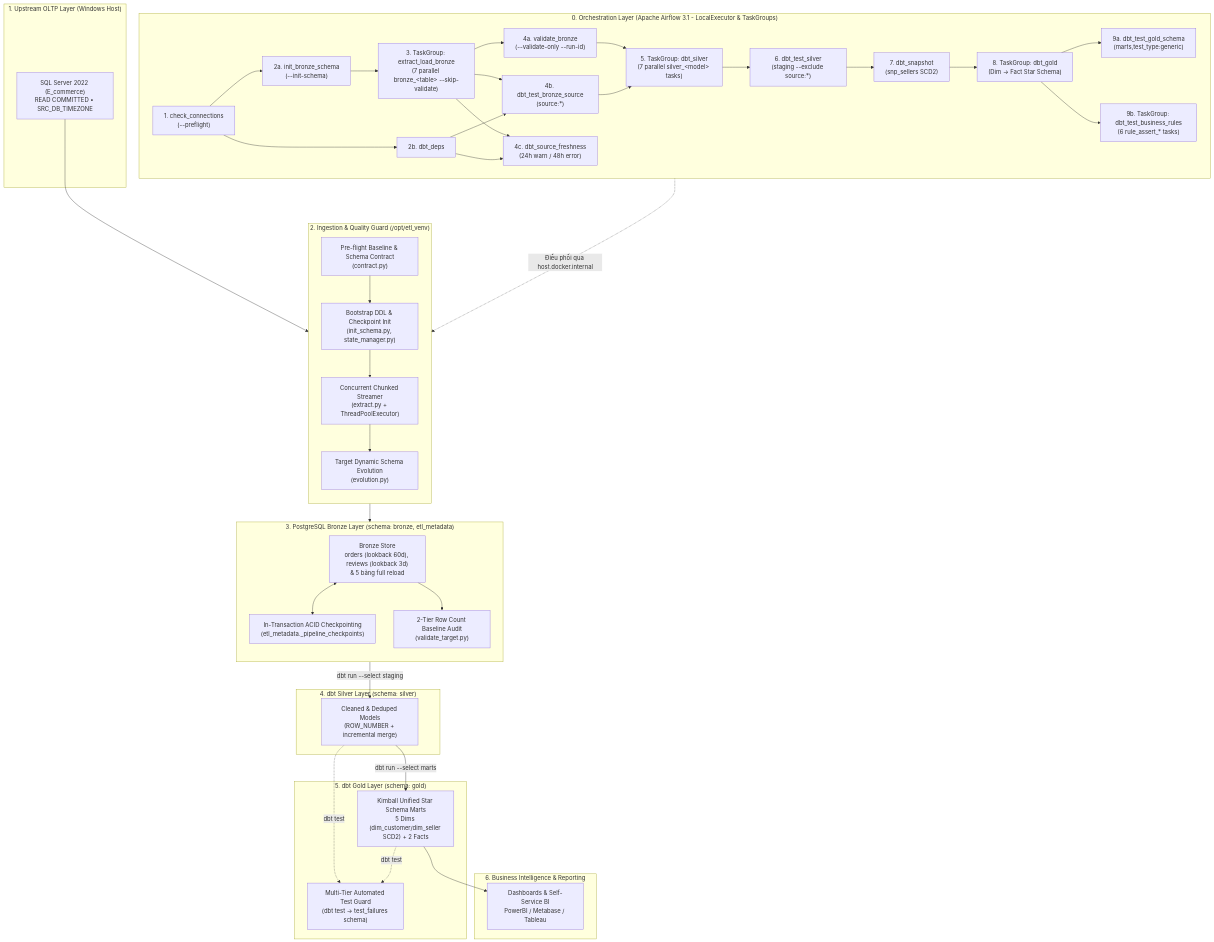
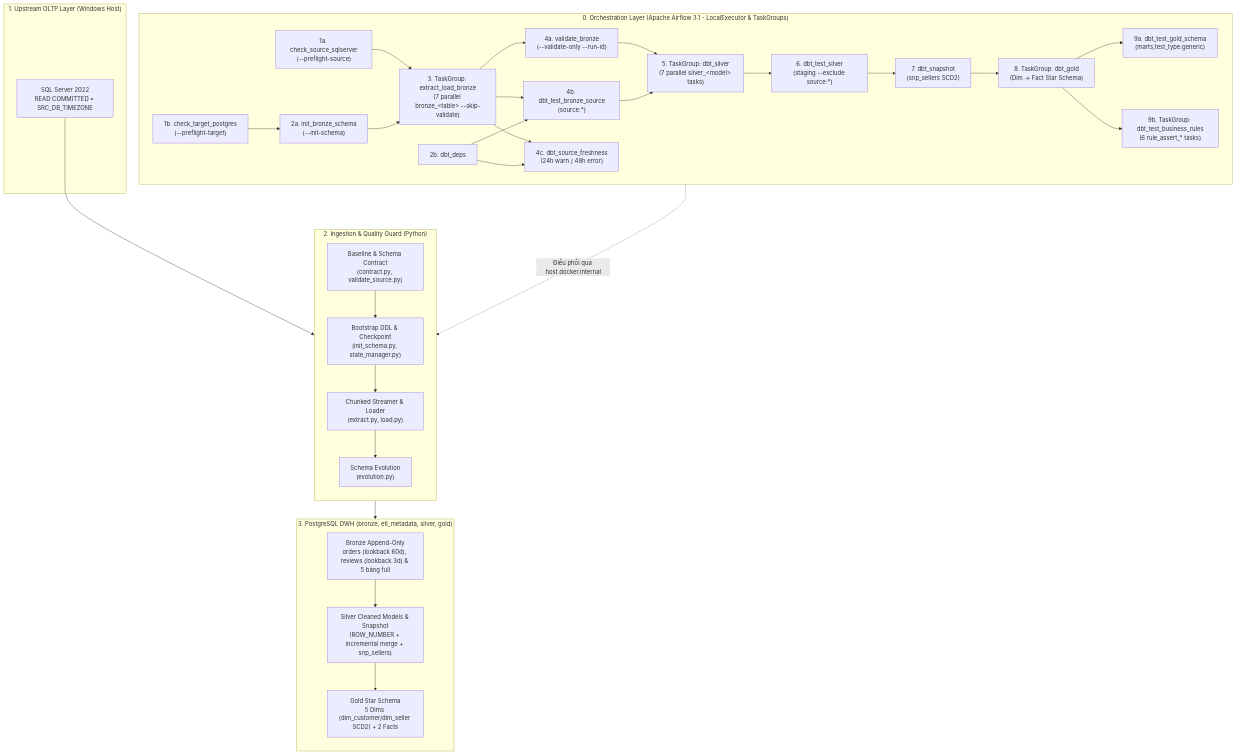
Before and after one commit to phamminhtoan-de/pipeline_ecommerce_olist: the diagram in README.md, drawn with Mermaid. The commit also changed other lines of this file and 6 other files, not shown here.

Commit message:
docs: update README Mermaid flow and CLI examples for split DB healthchecks

````diff
--- a/README.md
+++ b/README.md
@@ -33,67 +37,44 @@
 ```mermaid
 flowchart TD
     subgraph S0["0. Orchestration Layer (Apache Airflow 3.1 - LocalExecutor & TaskGroups)"]
         direction LR
-        AF_CHK["1. check_connections<br/>(--preflight)"] --> AF_INIT["2a. init_bronze_schema<br/>(--init-schema)"]
-        AF_CHK --> AF_DP["2b. dbt_deps"]
-        AF_INIT --> AF_EL["3. TaskGroup: extract_load_bronze<br/>(7 parallel bronze_&lt;table&gt; --skip-validate)"]
+        AF_SRC["1a. check_source_sqlserver<br/>(--preflight-source)"] --> AF_EL["3. TaskGroup: extract_load_bronze<br/>(7 parallel bronze_&lt;table&gt; --skip-validate)"]
+        AF_TGT["1b. check_target_postgres<br/>(--preflight-target)"] --> AF_INIT["2a. init_bronze_schema<br/>(--init-schema)"]
+        AF_INIT --> AF_EL
         AF_EL --> AF_VAL["4a. validate_bronze<br/>(--validate-only --run-id)"]
         AF_EL --> AF_TB["4b. dbt_test_bronze_source<br/>(source:*)"]
         AF_EL --> AF_FR["4c. dbt_source_freshness<br/>(24h warn / 48h error)"]
-        AF_DP --> AF_TB
+        AF_DP["2b. dbt_deps"] --> AF_TB
         AF_DP --> AF_FR
         AF_VAL --> AF_SLV["5. TaskGroup: dbt_silver<br/>(7 parallel silver_&lt;model&gt; tasks)"]
         AF_TB --> AF_SLV
         AF_SLV --> AF_TS["6. dbt_test_silver<br/>(staging --exclude source:*)"]
         AF_TS --> AF_SNP["7. dbt_snapshot<br/>(snp_sellers SCD2)"]
         AF_SNP --> AF_GLD["8. TaskGroup: dbt_gold<br/>(Dim -> Fact Star Schema)"]
         AF_GLD --> AF_TGS["9a. dbt_test_gold_schema<br/>(marts,test_type:generic)"]
         AF_GLD --> AF_TBR["9b. TaskGroup: dbt_test_business_rules<br/>(6 rule_assert_* tasks)"]
     end
 
     subgraph S1["1. Upstream OLTP Layer (Windows Host)"]
-        SS["SQL Server 2022 (E_commerce)<br/>READ COMMITTED • SRC_DB_TIMEZONE"]
+        SS["SQL Server 2022<br/>READ COMMITTED • SRC_DB_TIMEZONE"]
     end
 
-    subgraph S2["2. Ingestion & Quality Guard (/opt/etl_venv)"]
+    subgraph S2["2. Ingestion & Quality Guard (Python)"]
         direction TB
-        BC["Pre-flight Baseline & Schema Contract<br/>(contract.py)"]
-        INIT["Bootstrap DDL & Checkpoint Init<br/>(init_schema.py, state_manager.py)"]
-        EX["Concurrent Chunked Streamer<br/>(extract.py + ThreadPoolExecutor)"]
-        EVO["Target Dynamic Schema Evolution<br/>(evolution.py)"]
-        SS --> BC
-        BC --> INIT
-        INIT --> EX
-        EX --> EVO
+        BC["Baseline & Schema Contract<br/>(contract.py, validate_source.py)"]
+        INIT["Bootstrap DDL & Checkpoint<br/>(init_schema.py, state_manager.py)"]
+        EX["Chunked Streamer & Loader<br/>(extract.py, load.py)"]
+        EVO["Schema Evolution<br/>(evolution.py)"]
+        SS --> BC --> INIT --> EX --> EVO
     end
 
-    subgraph S3["3. PostgreSQL Bronze Layer (schema: bronze, etl_metadata)"]
+    subgraph S3["3. PostgreSQL DWH (bronze, etl_metadata, silver, gold)"]
         direction TB
-        BRZ["Bronze Store<br/>orders (lookback 60d), reviews (lookback 3d)<br/>&amp; 5 bảng full reload"]
-        CKP["In-Transaction ACID Checkpointing<br/>(etl_metadata._pipeline_checkpoints)"]
-        AUD["2-Tier Row Count Baseline Audit<br/>(validate_target.py)"]
-        EVO --> BRZ
-        BRZ <--> CKP
-        BRZ --> AUD
-    end
-
-    subgraph S4["4. dbt Silver Layer (schema: silver)"]
-        STG["Cleaned &amp; Deduped Models<br/>(ROW_NUMBER + incremental merge)"]
-        AUD -->|"dbt run --select staging"| STG
-    end
-
-    subgraph S5["5. dbt Gold Layer (schema: gold)"]
-        GOLD["Kimball Unified Star Schema Marts<br/>5 Dims (dim_customer/dim_seller SCD2) + 2 Facts"]
-        TST["Multi-Tier Automated Test Guard<br/>(dbt test -> test_failures schema)"]
-        STG -->|"dbt run --select marts"| GOLD
-        STG -.->|"dbt test"| TST
-        GOLD -.->|"dbt test"| TST
-    end
-
-    subgraph S6["6. Business Intelligence &amp; Reporting"]
-        BI["Dashboards &amp; Self-Service BI<br/>PowerBI / Metabase / Tableau"]
-        GOLD --> BI
+        BRZ["Bronze Append-Only<br/>orders (lookback 60d), reviews (lookback 3d) &amp; 5 bảng full"]
+        SLV["Silver Cleaned Models &amp; Snapshot<br/>(ROW_NUMBER + incremental merge + snp_sellers)"]
+        GLD["Gold Star Schema<br/>5 Dims (dim_customer/dim_seller SCD2) + 2 Facts"]
+        EVO --> BRZ --> SLV --> GLD
     end
 
     S0 -.->|"Điều phối qua host.docker.internal"| S2
 ```
````
